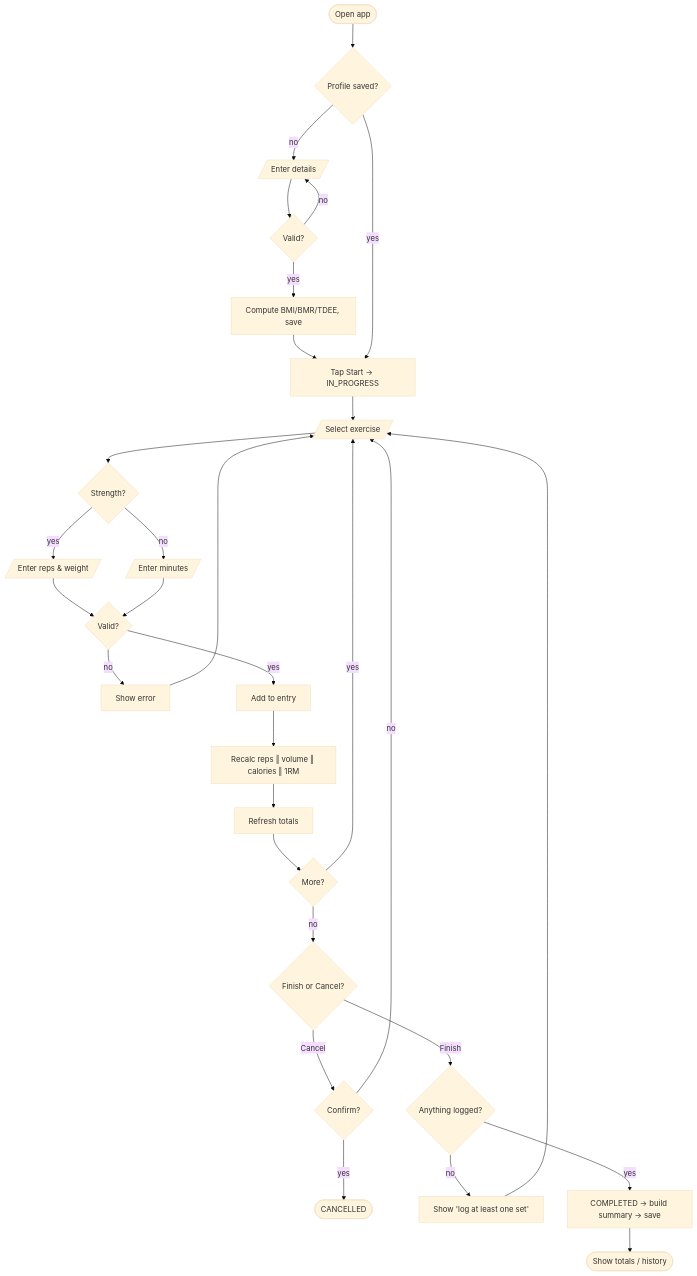
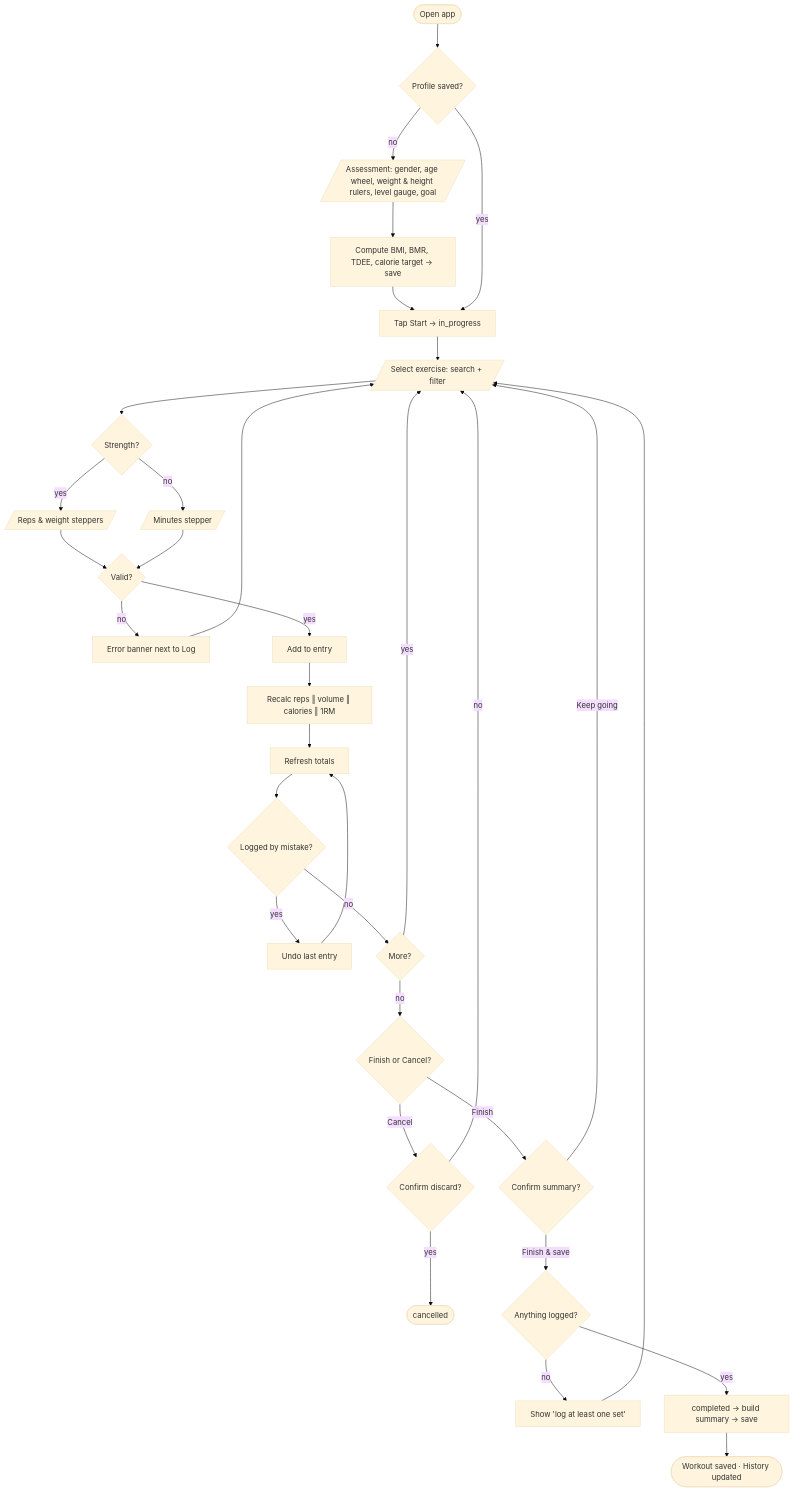
One commit to Lovnes/fitness-app changed the third of 4 diagrams in docs/02_UML.md. Above: the diagram before and after it, drawn with Mermaid (base theme). The commit also changed other lines of this file and 102 other files, not shown here.

````diff
--- a/docs/02_UML.md
+++ b/docs/02_UML.md
@@ -135,25 +162,28 @@
 ```mermaid
 flowchart TD
   A([Open app]) --> B{Profile saved?}
-  B -- no --> C[/Enter details/] --> D{Valid?}
-  D -- no --> C
-  D -- yes --> E[Compute BMI/BMR/TDEE, save] --> F
-  B -- yes --> F[Tap Start → IN_PROGRESS]
-  F --> G[/Select exercise/]
+  B -- no --> C[/Assessment: gender, age wheel, weight & height rulers, level gauge, goal/]
+  C --> E[Compute BMI, BMR, TDEE, calorie target → save] --> F
+  B -- yes --> F[Tap Start → in_progress]
+  F --> G[/Select exercise: search + filter/]
   G --> H{Strength?}
-  H -- yes --> I[/Enter reps & weight/]
-  H -- no --> J[/Enter minutes/]
+  H -- yes --> I[/Reps & weight steppers/]
+  H -- no --> J[/Minutes stepper/]
   I --> K{Valid?}
   J --> K
-  K -- no --> L[Show error] --> G
+  K -- no --> L[Error banner next to Log] --> G
   K -- yes --> M[Add to entry] --> N[Recalc reps ‖ volume ‖ calories ‖ 1RM] --> O[Refresh totals]
-  O --> P{More?}
+  O --> X{Logged by mistake?}
+  X -- yes --> Y[Undo last entry] --> O
+  X -- no --> P{More?}
   P -- yes --> G
   P -- no --> Q{Finish or Cancel?}
-  Q -- Cancel --> R{Confirm?}
-  R -- yes --> S([CANCELLED])
+  Q -- Cancel --> R{Confirm discard?}
+  R -- yes --> S([cancelled])
   R -- no --> G
-  Q -- Finish --> T{Anything logged?}
+  Q -- Finish --> Z{Confirm summary?}
+  Z -- Keep going --> G
+  Z -- Finish & save --> T{Anything logged?}
   T -- no --> U[Show 'log at least one set'] --> G
-  T -- yes --> V[COMPLETED → build summary → save] --> W([Show totals / history])
+  T -- yes --> V[completed → build summary → save] --> W([Workout saved · History updated])
 ```
````
